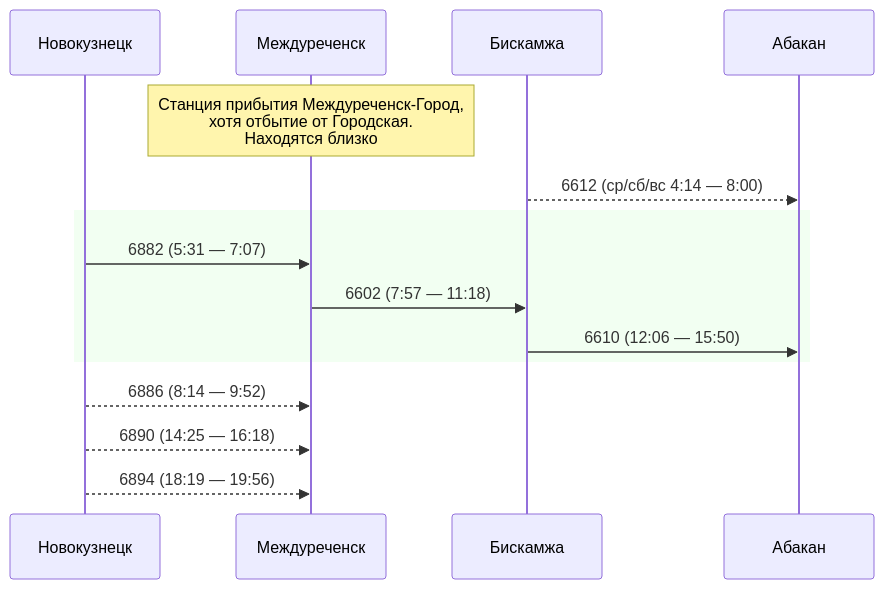
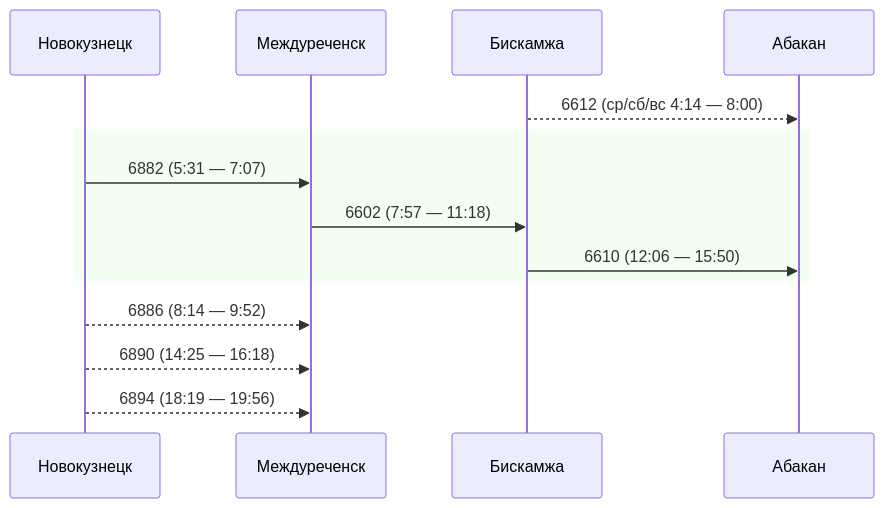
Before and after one commit to u0feff/Pezda: the ninth of 14 diagrams in README.md, drawn with Mermaid. The commit also changed other lines of this file, not shown here.

````diff
--- a/README.md
+++ b/README.md
@@ -467,23 +467,21 @@
 ```mermaid
 sequenceDiagram
     participant Новокузнецк
     participant Междуреченск
     participant Бискамжа
     participant Абакан
-
-    Note over Междуреченск: Станция прибытия Междуреченск-Город,<br>хотя отбытие от Городская.<br>Находятся близко
 
     Бискамжа-->>Абакан: 6612 (ср/сб/вс 4:14 — 8:00)
 
     rect rgba(0, 255, 0, 0.05)
     Новокузнецк->>Междуреченск: 6882 (5:31 — 7:07)
     Междуреченск->>Бискамжа: 6602 (7:57 — 11:18)
     Бискамжа->>Абакан: 6610 (12:06 — 15:50)
     end
 
     Новокузнецк-->>Междуреченск: 6886 (8:14 — 9:52)
 
     Новокузнецк-->>Междуреченск: 6890 (14:25 — 16:18)
 
     Новокузнецк-->>Междуреченск: 6894 (18:19 — 19:56)
 ```
````
